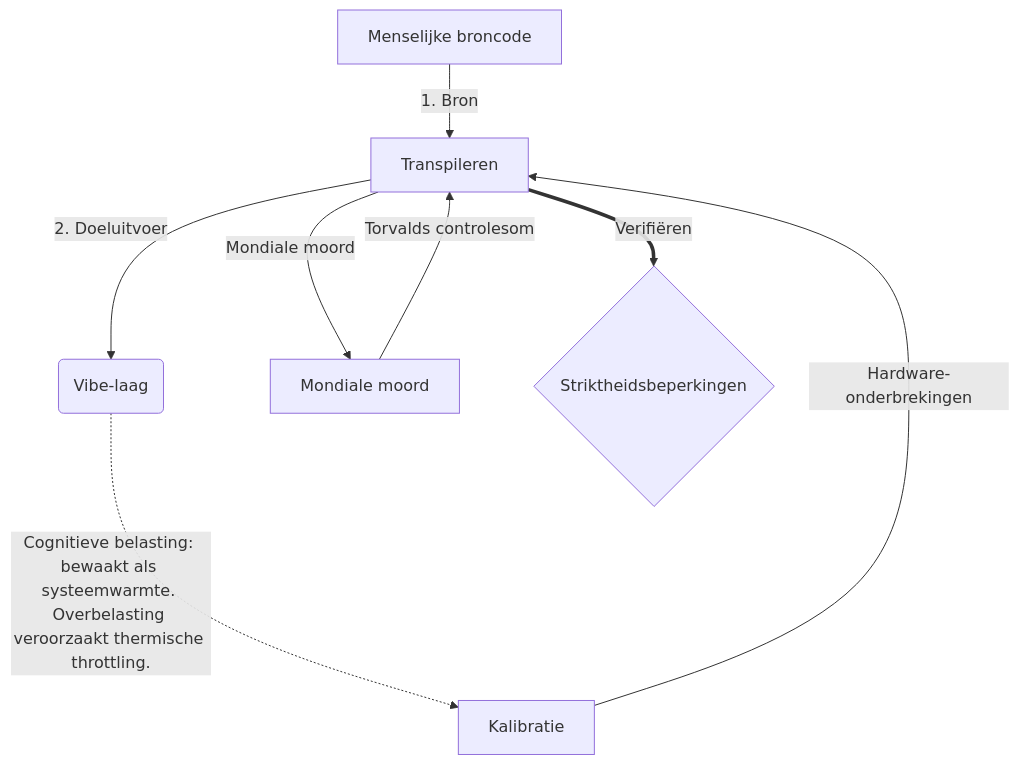
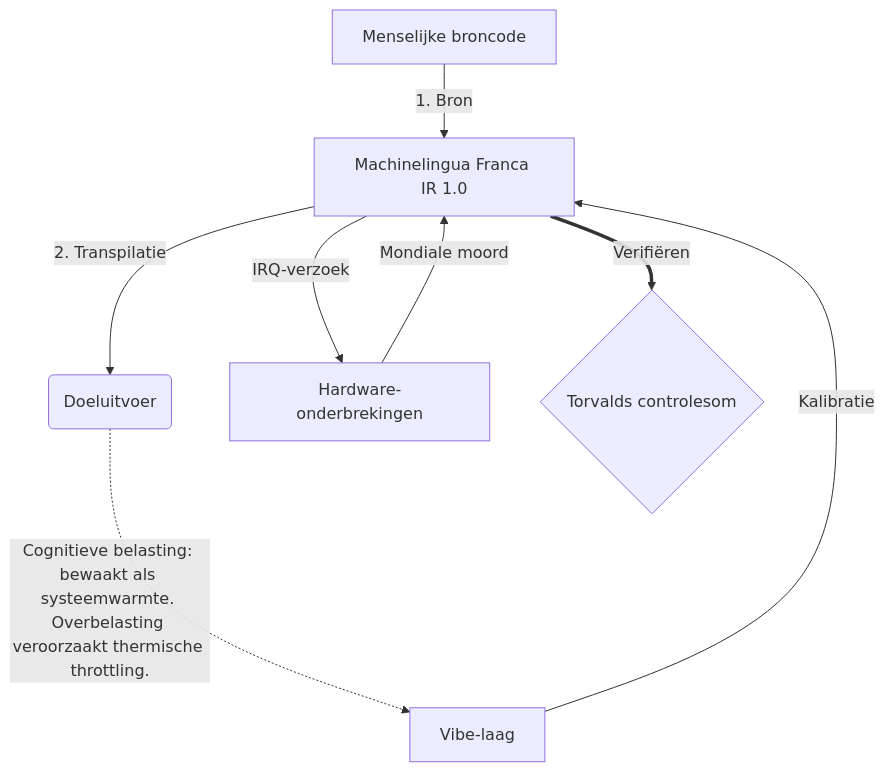
One commit to 0compute/machine changed the diagram in README.hacker.nl.md. Above: the diagram before and after it, drawn with Mermaid. The commit also changed other lines of this file and 103 other files, not shown here.

````diff
--- a/README.hacker.nl.md
+++ b/README.hacker.nl.md
@@ -93,10 +93,10 @@
 ```mermaid
 graph TD
-    A[Menselijke broncode] -->|1. Bron| B[Transpileren]
-    B -->|2. Doeluitvoer| C(Vibe-laag)
-    C -.->|Cognitieve belasting: bewaakt als systeemwarmte. Overbelasting veroorzaakt thermische throttling.| G[Kalibratie]
-    G -->|Hardware-onderbrekingen| B
-    B -->|Mondiale moord| H[Mondiale moord]
-    H -->|Torvalds controlesom| B
-    B == Verifiëren ==> I{Striktheidsbeperkingen}
+    A[Menselijke broncode] -->|1. Bron| B[Machinelingua Franca IR 1.0]
+    B -->|2. Transpilatie| C(Doeluitvoer)
+    C -.->|Cognitieve belasting: bewaakt als systeemwarmte. Overbelasting veroorzaakt thermische throttling.| G[Vibe-laag]
+    G -->|Kalibratie| B
+    B -->|IRQ-verzoek| H[Hardware-onderbrekingen]
+    H -->|Mondiale moord| B
+    B == Verifiëren ==> I{Torvalds controlesom}
 ```
````
